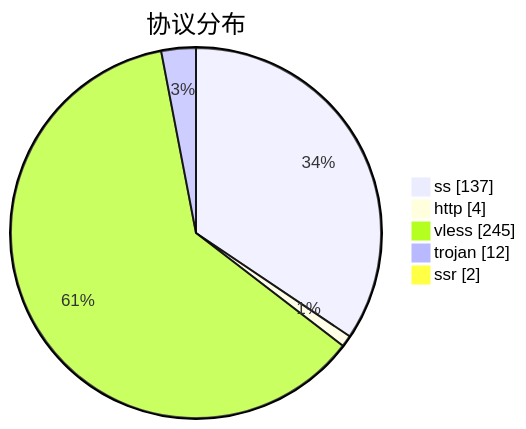
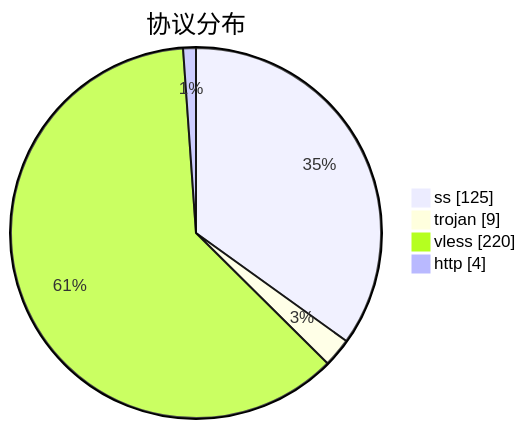
Before and after one commit to qjlxg/airport: the third of 3 diagrams in subs/statistics/tested_within.md, drawn with Mermaid. The commit also changed other lines of this file and 2 other files, not shown here.

````diff
--- a/subs/statistics/tested_within.md
+++ b/subs/statistics/tested_within.md
@@ -18,9 +18,8 @@
 ```mermaid
 pie showData
 title 协议分布
-"ss" : 137
+"ss" : 125
+"trojan" : 9
+"vless" : 220
 "http" : 4
-"vless" : 245
-"trojan" : 12
-"ssr" : 2
 ```
````
